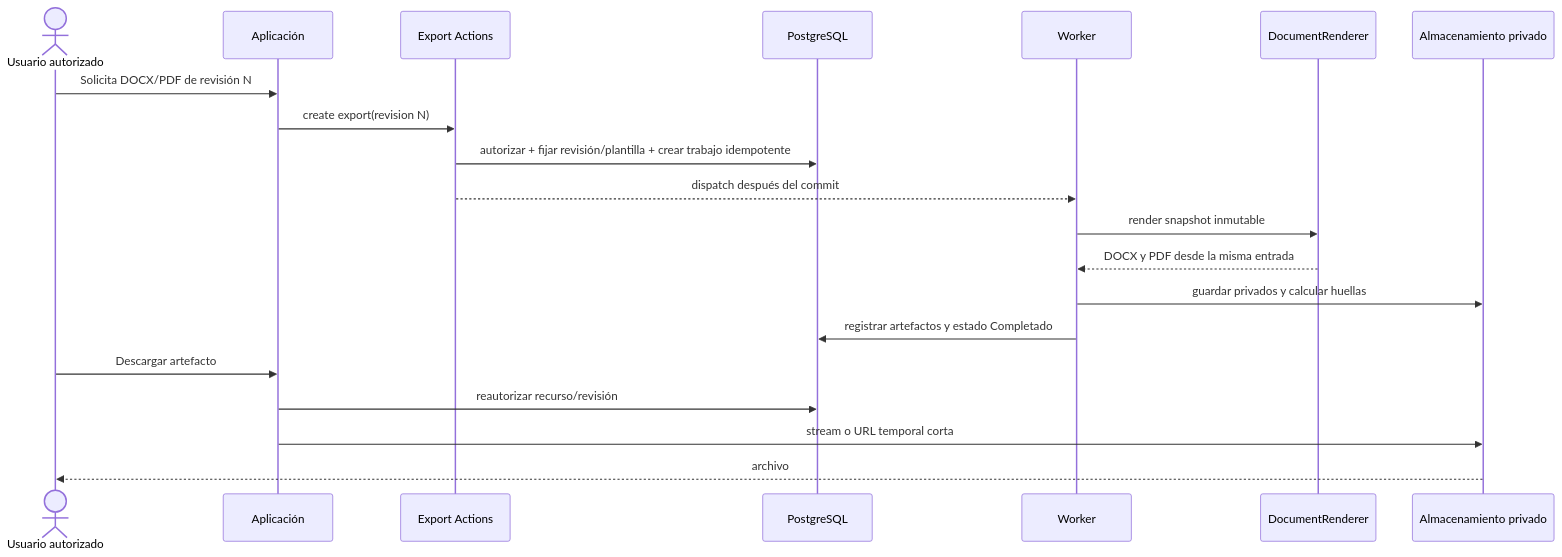
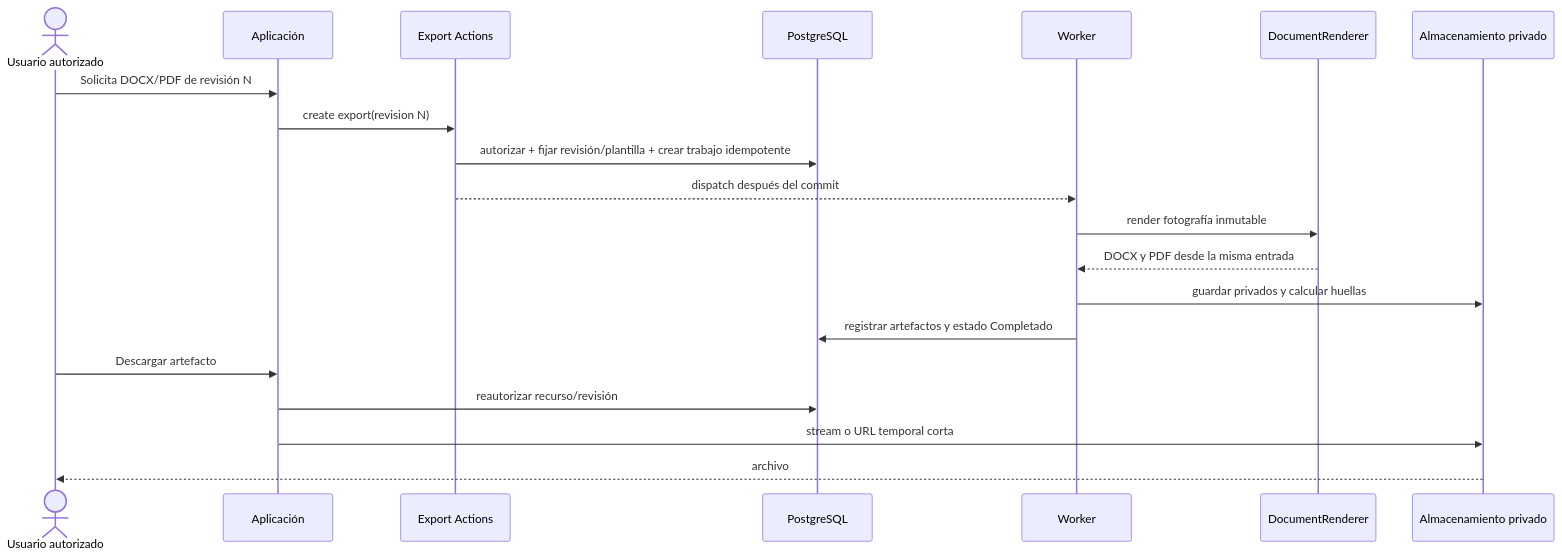
The fifth of 6 diagrams in docs/architecture/sequences.md (Giossue/proyecto-grado-silabos), drawn with Mermaid before and after one commit. The commit also changed other lines of this file and 267 other files, not shown here.

````diff
--- a/docs/architecture/sequences.md
+++ b/docs/architecture/sequences.md
@@ -129,23 +129,23 @@
 ```mermaid
 sequenceDiagram
     actor U as Usuario autorizado
     participant UI as Aplicación
     participant E as Export Actions
     participant DB as PostgreSQL
     participant Q as Worker
     participant R as DocumentRenderer
     participant S as Almacenamiento privado
 
     U->>UI: Solicita DOCX/PDF de revisión N
     UI->>E: create export(revision N)
     E->>DB: autorizar + fijar revisión/plantilla + crear trabajo idempotente
     E-->>Q: dispatch después del commit
-    Q->>R: render snapshot inmutable
+    Q->>R: render fotografía inmutable
     R-->>Q: DOCX y PDF desde la misma entrada
     Q->>S: guardar privados y calcular huellas
     Q->>DB: registrar artefactos y estado Completado
     U->>UI: Descargar artefacto
     UI->>DB: reautorizar recurso/revisión
     UI->>S: stream o URL temporal corta
     S-->>U: archivo
 ```
````
